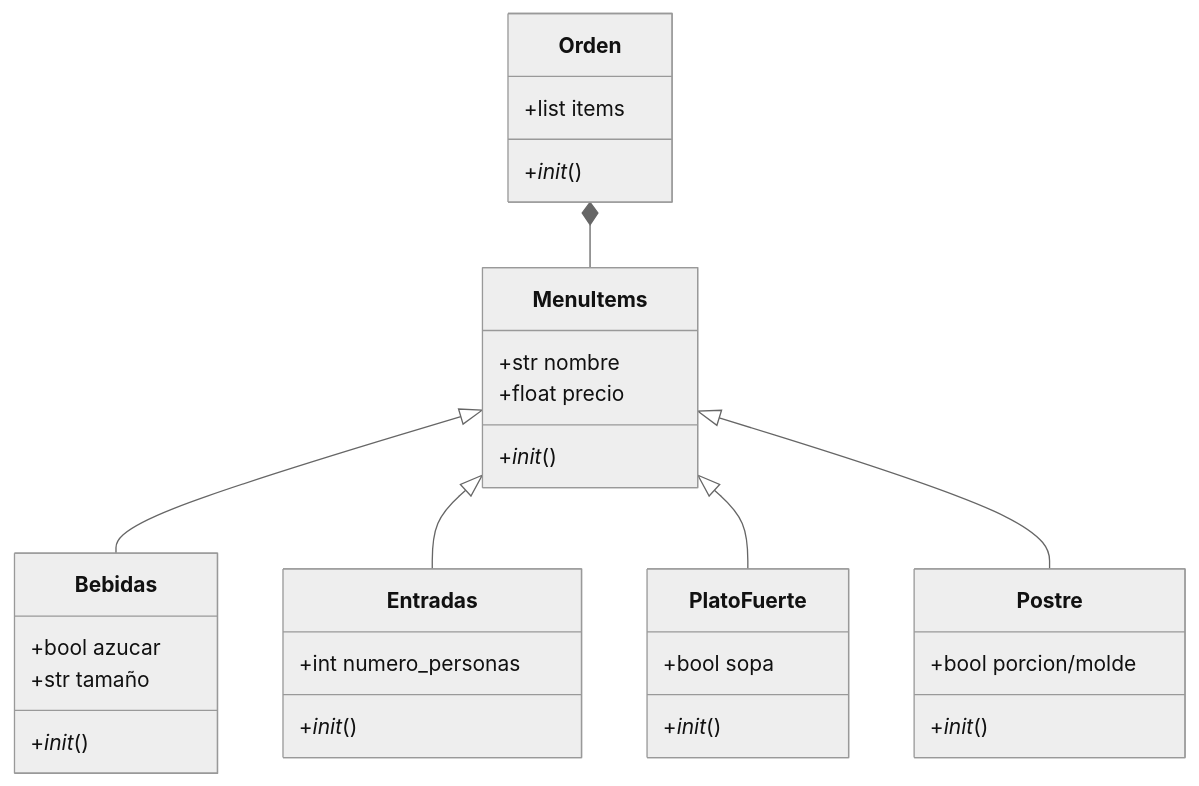
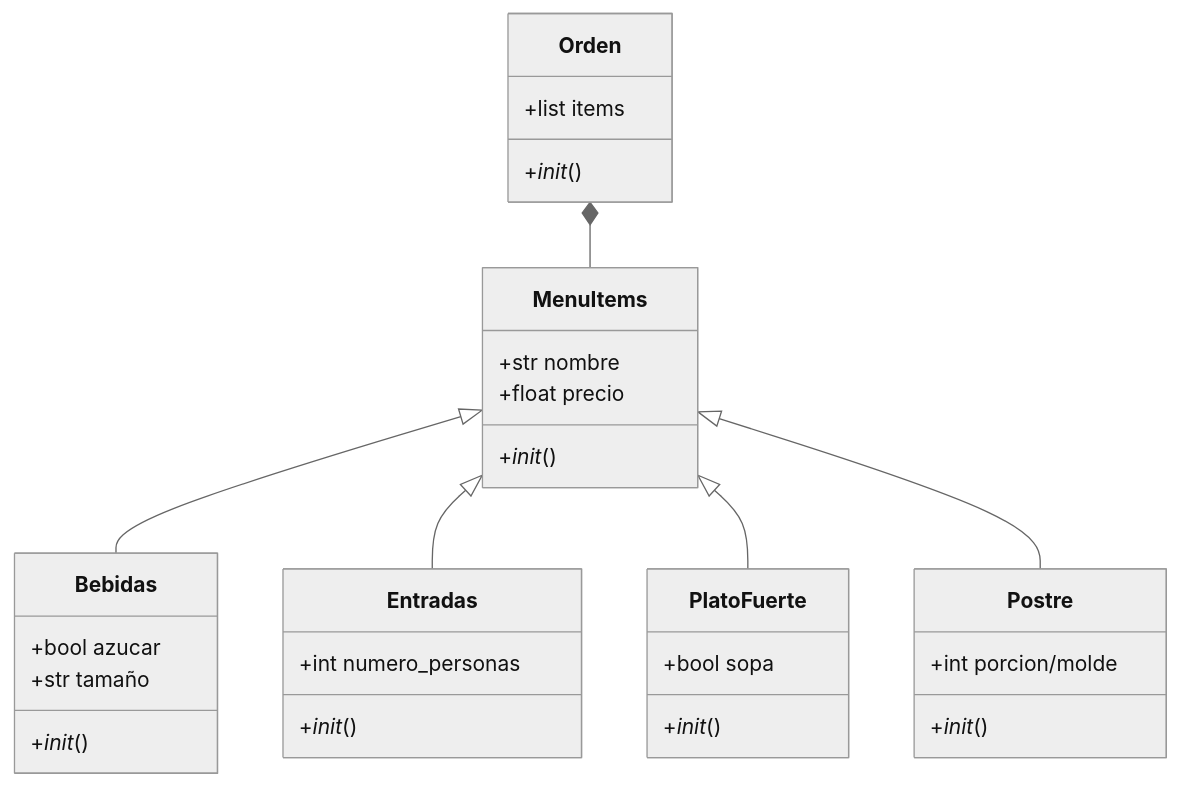
One commit to Taizooavila/Reto_3 changed the diagram in Diagrama de clases.md. Above: the diagram before and after it, drawn with Mermaid (neutral theme).

Commit message:
Update Diagrama de clases.md

````diff
--- a/Diagrama de clases.md
+++ b/Diagrama de clases.md
@@ -3,35 +3,35 @@
 ```mermaid
 classDiagram
 direction TB
   class Orden {
       +list items
       +_init_()
   }
   class MenuItems{
     +str nombre
       +float precio
       +_init_()
   }
   class Bebidas {
     +bool azucar
       +str tamaño
       +_init_()
   }
   class Entradas {
     +int numero_personas
       +_init_()
   }
   class PlatoFuerte{
       +bool sopa
       +_init_()
   }
   class Postre{
-      +bool porcion/molde
+      +int porcion/molde
       +_init_()
   }
   Orden *-- MenuItems
   MenuItems <|-- Bebidas
   MenuItems <|-- Entradas
   MenuItems <|-- PlatoFuerte
   MenuItems <|-- Postre
 ```
````
